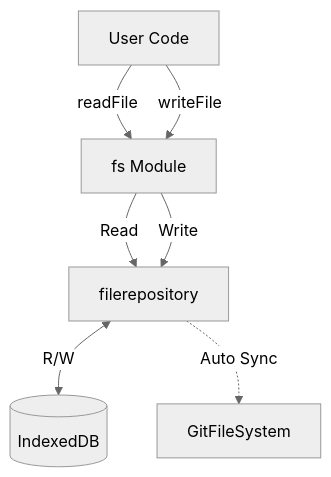
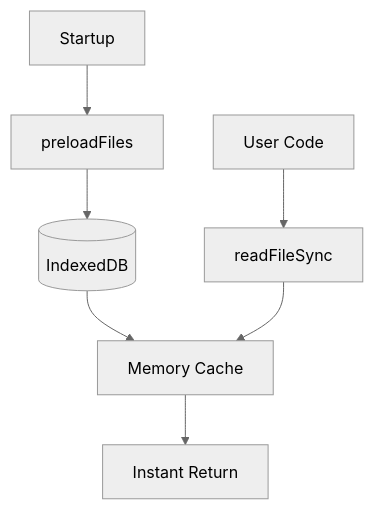
Diagram 16 of 16 in docs/NODE-RUNTIME.md (Stasshe/Pyxis-CodeCanvas), drawn with Mermaid (neutral theme) before and after one commit. The commit also changed other lines of this file, not shown here.

````diff
--- a/docs/NODE-RUNTIME.md
+++ b/docs/NODE-RUNTIME.md
@@ -662,17 +895,17 @@
 ```mermaid
 graph TB
+    Startup[Startup]
+    PreloadFiles[preloadFiles]
+    IDB[(IndexedDB)]
+    MemoryCache[Memory Cache]
     UserCode[User Code]
-    FSModule[fs Module]
-    FileRepo[filerepository]
-    IDB[(IndexedDB)]
-    GitFS[GitFileSystem]
+    ReadFileSync[readFileSync]
+    InstantReturn[Instant Return]
     
-    UserCode -->|readFile| FSModule
-    UserCode -->|writeFile| FSModule
-    
-    FSModule -->|Read| FileRepo
-    FSModule -->|Write| FileRepo
-    
-    FileRepo <-->|R/W| IDB
-    FileRepo -.Auto Sync.-> GitFS
+    Startup --> PreloadFiles
+    PreloadFiles --> IDB
+    IDB --> MemoryCache
+    UserCode --> ReadFileSync
+    ReadFileSync --> MemoryCache
+    MemoryCache --> InstantReturn
 ```
````
